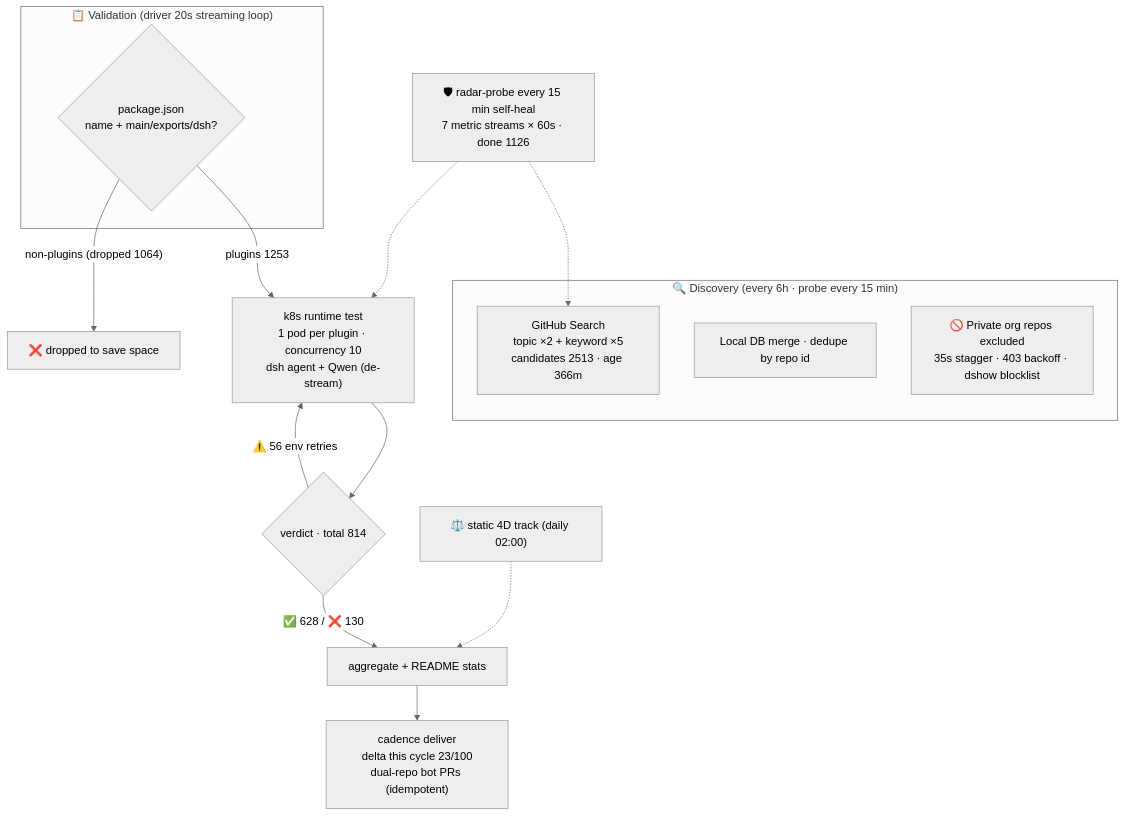
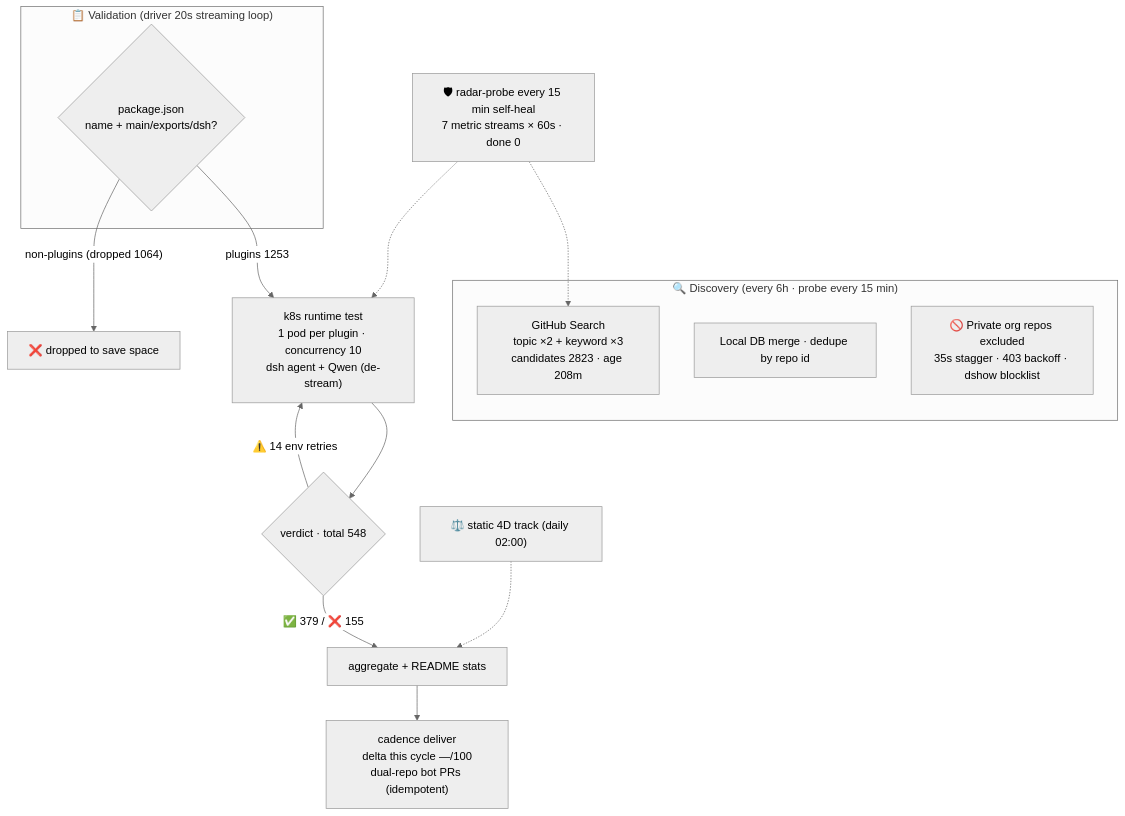
Before and after one commit to Zhidao-Lab-OSS/awesome-dsh-plugins: the diagram in README.en-US.md, drawn with Mermaid (neutral theme). The commit also changed other lines of this file and 7 other files, not shown here.

````diff
--- a/README.en-US.md
+++ b/README.en-US.md
@@ -29,20 +29,20 @@
 ```mermaid
 flowchart TB
     subgraph Discovery["🔍 Discovery (every 6h · probe every 15 min)"]
-        A1["GitHub Search<br/>topic ×2 + keyword ×5<br/>candidates 2513 · age 366m"]
+        A1["GitHub Search<br/>topic ×2 + keyword ×3<br/>candidates 2823 · age 208m"]
         A2["Local DB merge · dedupe by repo id"]
         A3["🚫 Private org repos excluded<br/>35s stagger · 403 backoff · dshow blocklist"]
     end
     subgraph Validation["📋 Validation (driver 20s streaming loop)"]
         B1{"package.json<br/>name + main/exports/dsh?"}
     end
     B1 -->|"plugins 1253"| C1["k8s runtime test<br/>1 pod per plugin · concurrency 10<br/>dsh agent + Qwen (de-stream)"]
     B1 -->|"non-plugins (dropped 1064)"| B3["❌ dropped to save space"]
-    C1 --> D1{"verdict · total 814"}
-    D1 -->|"✅ 628 / ❌ 130"| E1["aggregate + README stats"]
-    D1 -->|"⚠️ 56 env retries"| C1
-    E1 --> E2["cadence deliver<br/>delta this cycle 23/100<br/>dual-repo bot PRs (idempotent)"]
+    C1 --> D1{"verdict · total 548"}
+    D1 -->|"✅ 379 / ❌ 155"| E1["aggregate + README stats"]
+    D1 -->|"⚠️ 14 env retries"| C1
+    E1 --> E2["cadence deliver<br/>delta this cycle —/100<br/>dual-repo bot PRs (idempotent)"]
     S["⚖️ static 4D track (daily 02:00)"] -.-> E1
-    M["🛡 radar-probe every 15 min self-heal<br/>7 metric streams × 60s · done 1126"] -.-> A1
+    M["🛡 radar-probe every 15 min self-heal<br/>7 metric streams × 60s · done 0"] -.-> A1
     M -.-> C1
 ```
````
